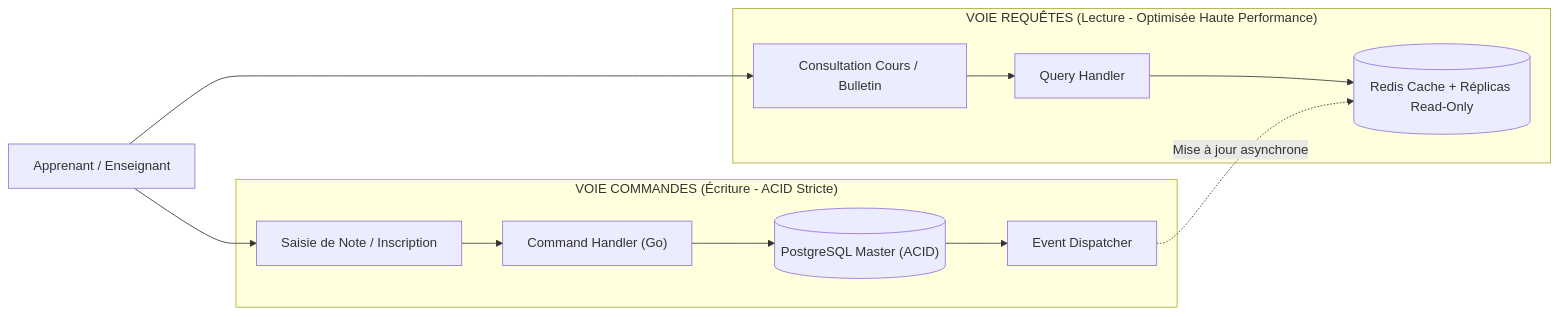
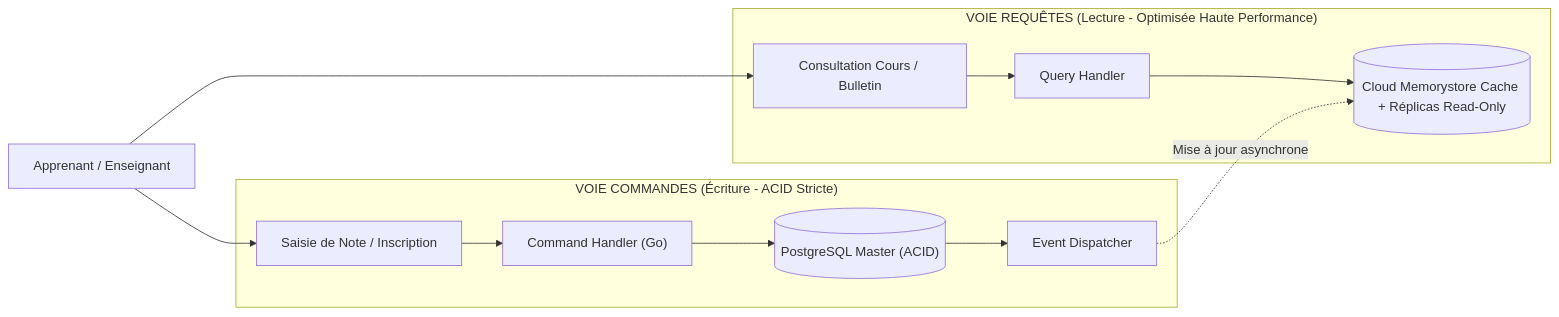
One commit to Adolphechris/clenel-elysium changed the second of 2 diagrams in tome-7/111/README.md. Above: the diagram before and after it, drawn with Mermaid. The commit also changed other lines of this file and 39 other files, not shown here.

````diff
--- a/tome-7/111/README.md
+++ b/tome-7/111/README.md
@@ -44,19 +44,19 @@
 ```mermaid
 graph LR
     USER["Apprenant / Enseignant"]
     
     subgraph ECRITURE["VOIE COMMANDES (Écriture - ACID Stricte)"]
         CMD["Saisie de Note / Inscription"] --> BUS_CMD["Command Handler (Go)"]
         BUS_CMD --> DB_WRITE[("PostgreSQL Master (ACID)")]
         DB_WRITE --> EVT_OUT["Event Dispatcher"]
     end
 
     subgraph LECTURE["VOIE REQUÊTES (Lecture - Optimisée Haute Performance)"]
         QUERY["Consultation Cours / Bulletin"] --> QUERY_HNDL["Query Handler"]
-        QUERY_HNDL --> CACHE_READ[("Redis Cache + Réplicas Read-Only")]
+        QUERY_HNDL --> CACHE_READ[("Cloud Memorystore Cache + Réplicas Read-Only")]
     end
 
     USER --> CMD
     USER --> QUERY
     EVT_OUT -.->|Mise à jour asynchrone| CACHE_READ
 ```
````
